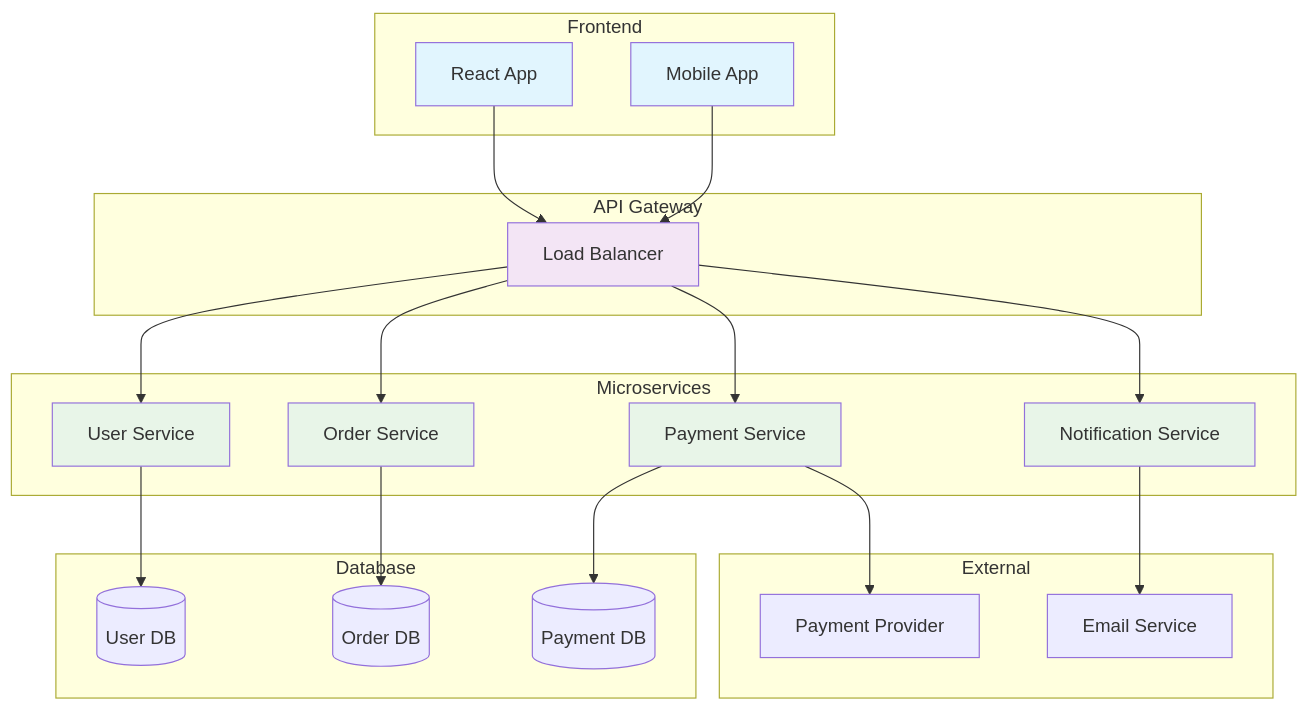
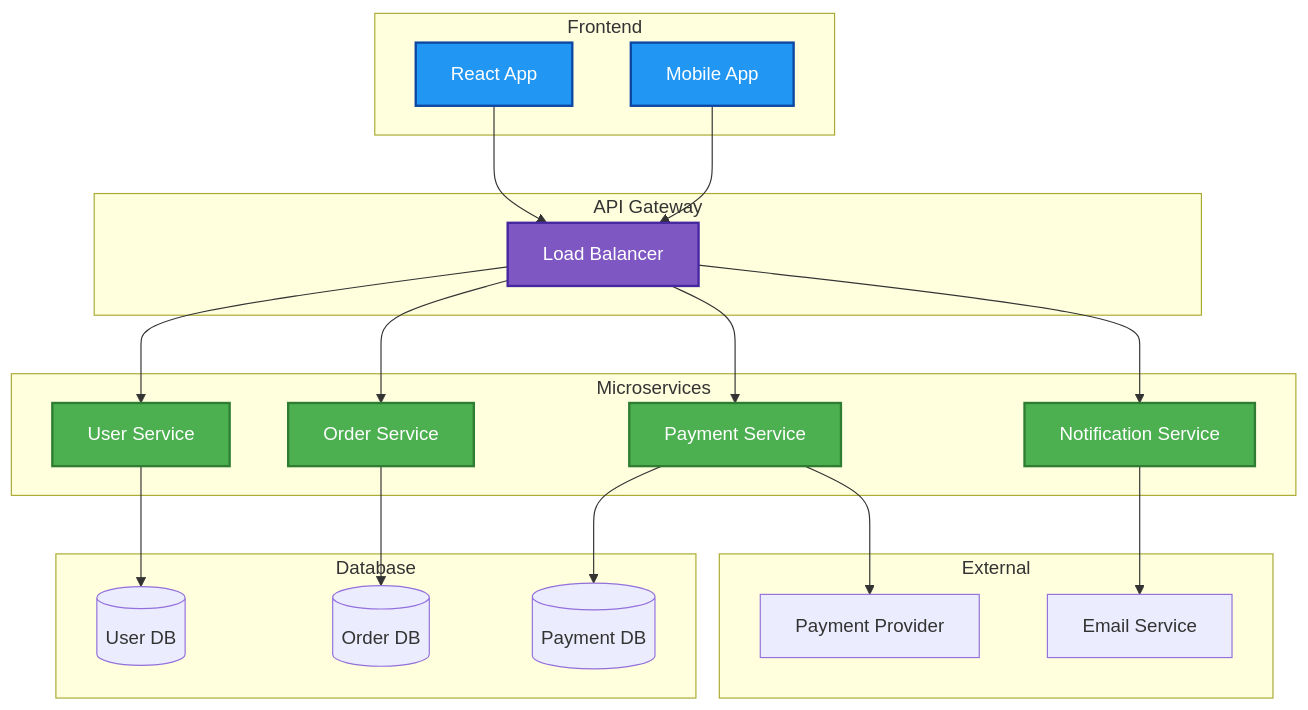
Before and after one commit to elieduclr/Awesome-Readme-Templates: the second of 24 diagrams in tools/mermaid-diagrams.md, drawn with Mermaid. The commit also changed other lines of this file, not shown here.

First line of the commit message:
Update mermaid-diagrams.md

````diff
--- a/tools/mermaid-diagrams.md
+++ b/tools/mermaid-diagrams.md
@@ -99,50 +99,50 @@
 ```mermaid
 graph TB
     subgraph "Frontend"
         A[React App]
         B[Mobile App]
     end
     
     subgraph "API Gateway"
         C[Load Balancer]
     end
     
     subgraph "Microservices"
         D[User Service]
         E[Order Service]
         F[Payment Service]
         G[Notification Service]
     end
     
     subgraph "Database"
         H[(User DB)]
         I[(Order DB)]
         J[(Payment DB)]
     end
     
     subgraph "External"
         K[Payment Provider]
         L[Email Service]
     end
     
     A --> C
     B --> C
     C --> D
     C --> E
     C --> F
     C --> G
     
     D --> H
     E --> I
     F --> J
     F --> K
     G --> L
     
-    style A fill:#e1f5fe
-    style B fill:#e1f5fe
-    style C fill:#f3e5f5
-    style D fill:#e8f5e8
-    style E fill:#e8f5e8
-    style F fill:#e8f5e8
-    style G fill:#e8f5e8
+    style A fill:#2196f3,stroke:#0d47a1,color:#fff,stroke-width:2px
+    style B fill:#2196f3,stroke:#0d47a1,color:#fff,stroke-width:2px
+    style C fill:#7e57c2,stroke:#4527a0,color:#fff,stroke-width:2px
+    style D fill:#4caf50,stroke:#2e7d32,color:#fff,stroke-width:2px
+    style E fill:#4caf50,stroke:#2e7d32,color:#fff,stroke-width:2px
+    style F fill:#4caf50,stroke:#2e7d32,color:#fff,stroke-width:2px
+    style G fill:#4caf50,stroke:#2e7d32,color:#fff,stroke-width:2px
 ```
````
